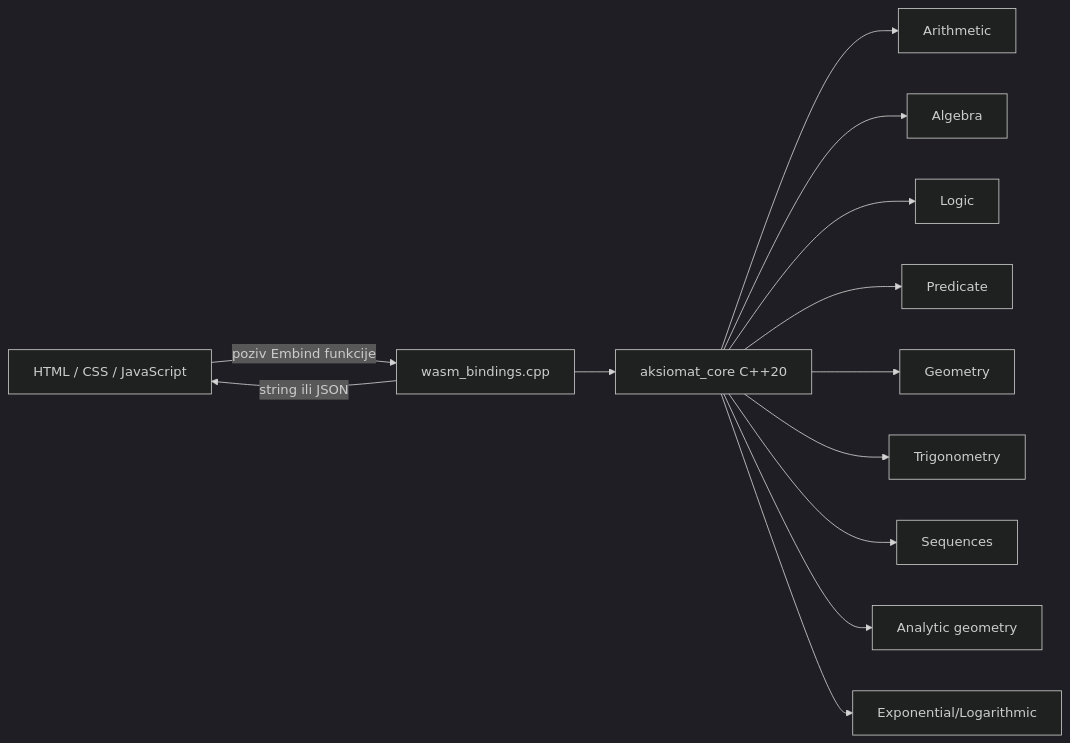
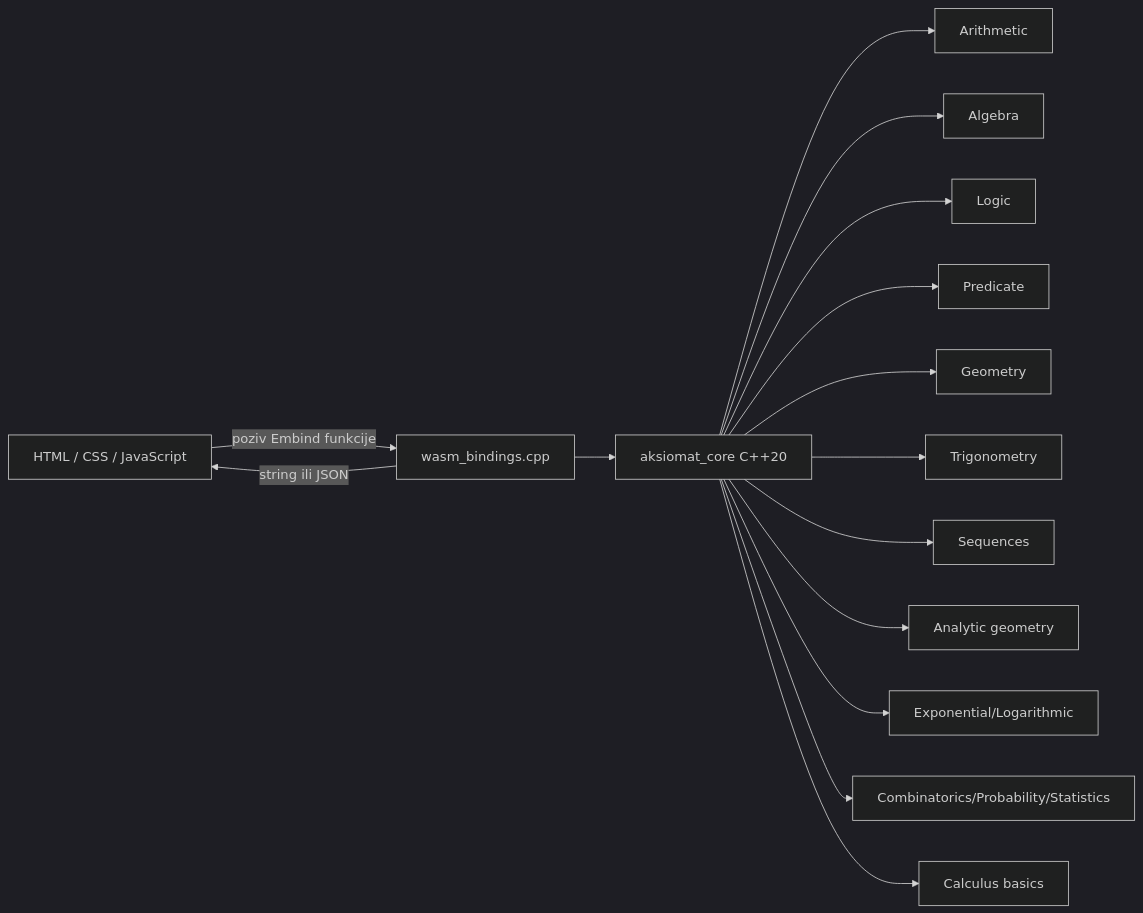
Before and after one commit to StjepanVelc/MathEngine: the first of 3 diagrams in docs/architecture.md, drawn with Mermaid (dark theme). The commit also changed 33 other files, not shown here.

````diff
--- a/docs/architecture.md
+++ b/docs/architecture.md
@@ -7,15 +7,17 @@
 ```mermaid
 flowchart LR
 	UI[HTML / CSS / JavaScript] -->|poziv Embind funkcije| WB[wasm_bindings.cpp]
 	WB --> CORE[aksiomat_core C++20]
 	CORE --> AR[Arithmetic]
 	CORE --> AL[Algebra]
 	CORE --> LO[Logic]
 	CORE --> PR[Predicate]
 	CORE --> GE[Geometry]
 	CORE --> TR[Trigonometry]
 	CORE --> SEQ[Sequences]
 	CORE --> AG[Analytic geometry]
 	CORE --> EL[Exponential/Logarithmic]
+	CORE --> CPS[Combinatorics/Probability/Statistics]
+	CORE --> CB[Calculus basics]
 	WB -->|string ili JSON| UI
 ```
````
